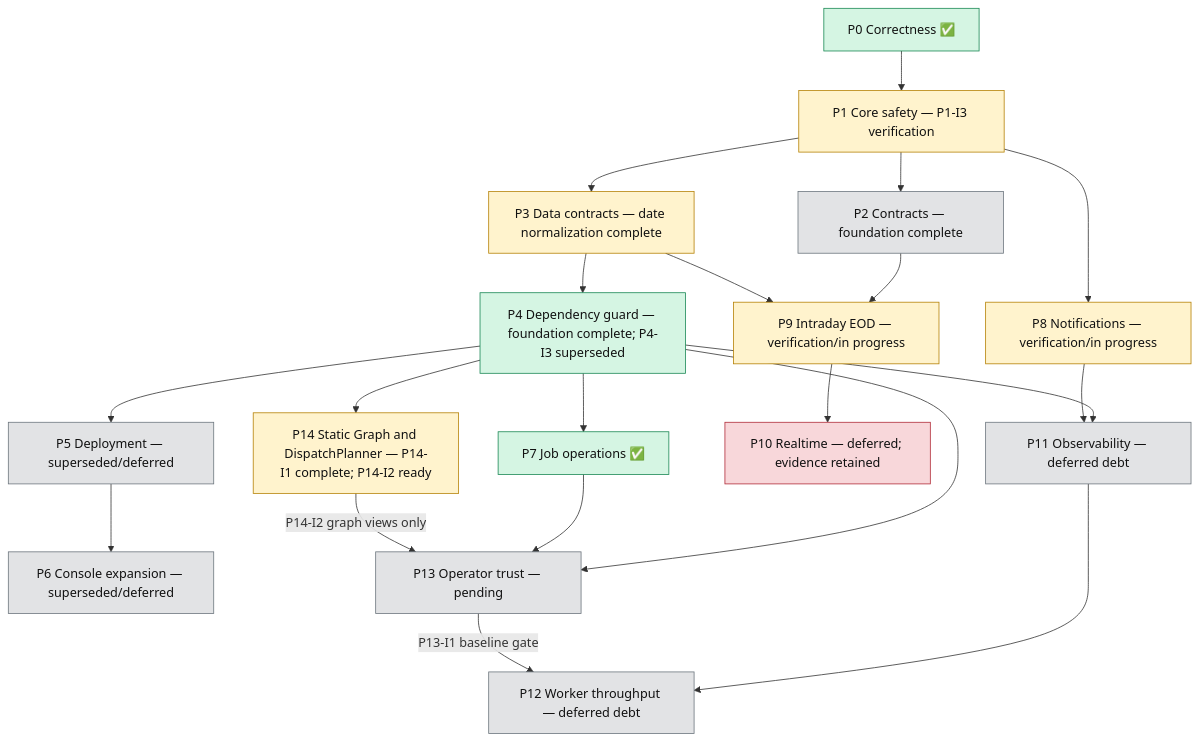
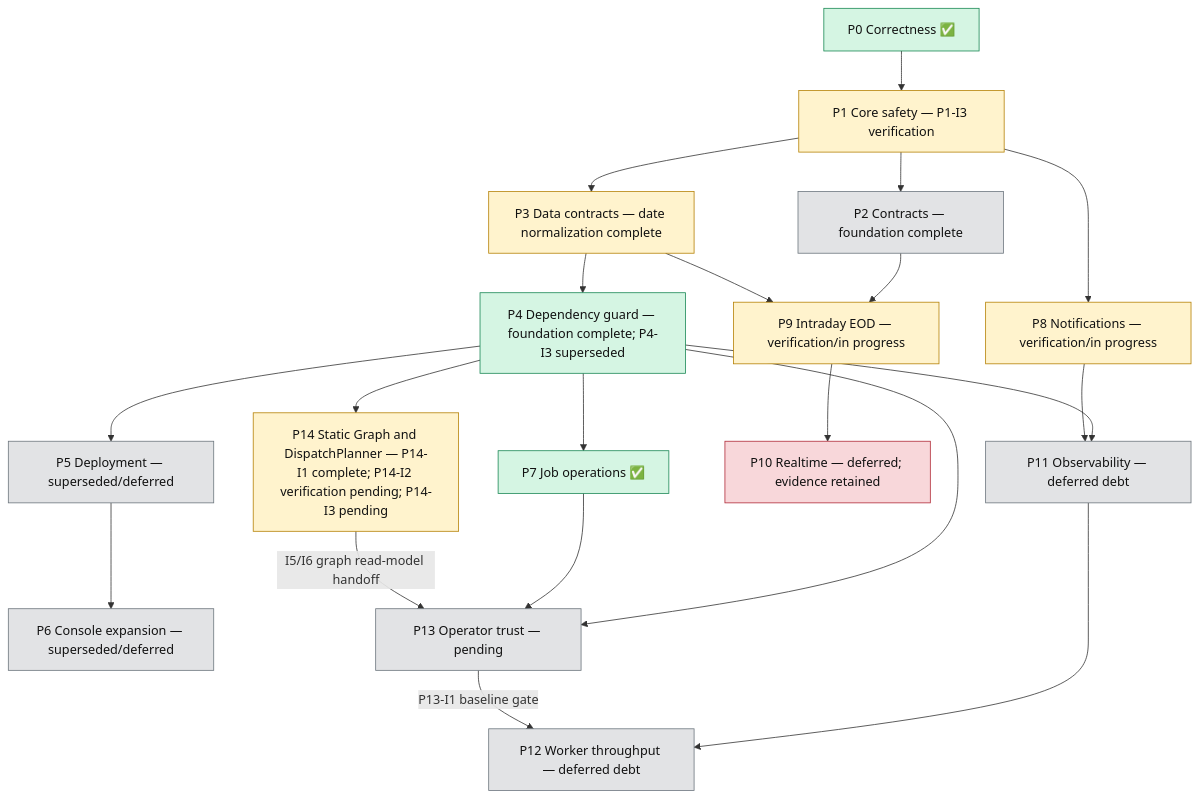
One commit to tanlocit9/omni changed the diagram in docs/plans/roadmap/roadmap.md. Above: the diagram before and after it, drawn with Mermaid. The commit also changed other lines of this file and 22 other files, not shown here.

Commit message:
docs(p14): reconcile static DAG scope and verification evidence

````diff
--- a/docs/plans/roadmap/roadmap.md
+++ b/docs/plans/roadmap/roadmap.md
@@ -7,31 +7,31 @@
 ```mermaid
 flowchart TD
     P0["P0 Correctness ✅"] --> P1["P1 Core safety — P1-I3 verification"]
     P1 --> P2["P2 Contracts — foundation complete"]
     P1 --> P3["P3 Data contracts — date normalization complete"]
     P3 --> P4["P4 Dependency guard — foundation complete; P4-I3 superseded"]
-    P4 --> P14["P14 Static Graph and DispatchPlanner — P14-I1 complete; P14-I2 ready"]
+    P4 --> P14["P14 Static Graph and DispatchPlanner — P14-I1 complete; P14-I2 verification pending; P14-I3 pending"]
     P4 --> P5["P5 Deployment — superseded/deferred"]
     P5 --> P6["P6 Console expansion — superseded/deferred"]
     P4 --> P7["P7 Job operations ✅"]
     P1 --> P8["P8 Notifications — verification/in progress"]
     P2 --> P9["P9 Intraday EOD — verification/in progress"]
     P3 --> P9
     P9 --> P10["P10 Realtime — deferred; evidence retained"]
     P4 --> P11["P11 Observability — deferred debt"]
     P8 --> P11
     P4 --> P13["P13 Operator trust — pending"]
     P7 --> P13
-    P14 -->|"P14-I2 graph views only"| P13
+    P14 -->|"I5/I6 graph read-model handoff"| P13
     P11 --> P12["P12 Worker throughput — deferred debt"]
     P13 -->|"P13-I1 baseline gate"| P12
 
     classDef done fill:#d5f5e3,stroke:#198754,color:#111;
     classDef active fill:#fff3cd,stroke:#b58105,color:#111;
     classDef pending fill:#e2e3e5,stroke:#6c757d,color:#111;
     classDef blocked fill:#f8d7da,stroke:#b02a37,color:#111;
     class P0,P4,P7 done;
     class P1,P3,P8,P9,P14 active;
     class P2,P5,P6,P11,P12,P13 pending;
     class P10 blocked;
 ```
````
